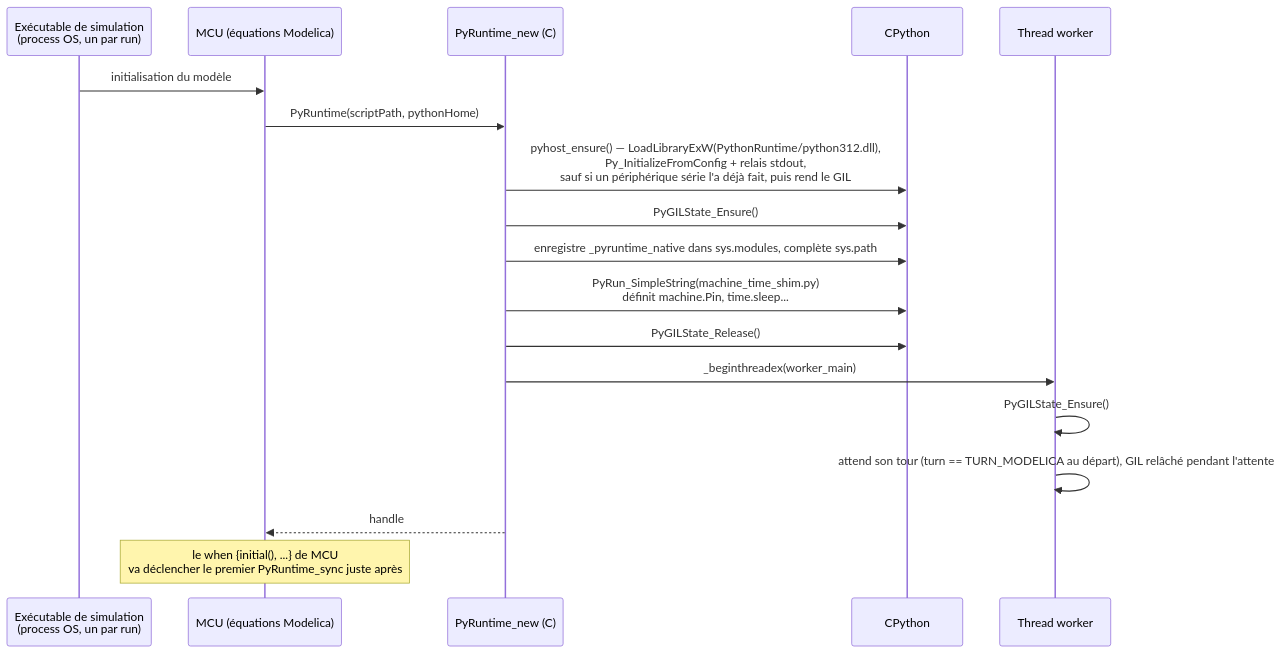
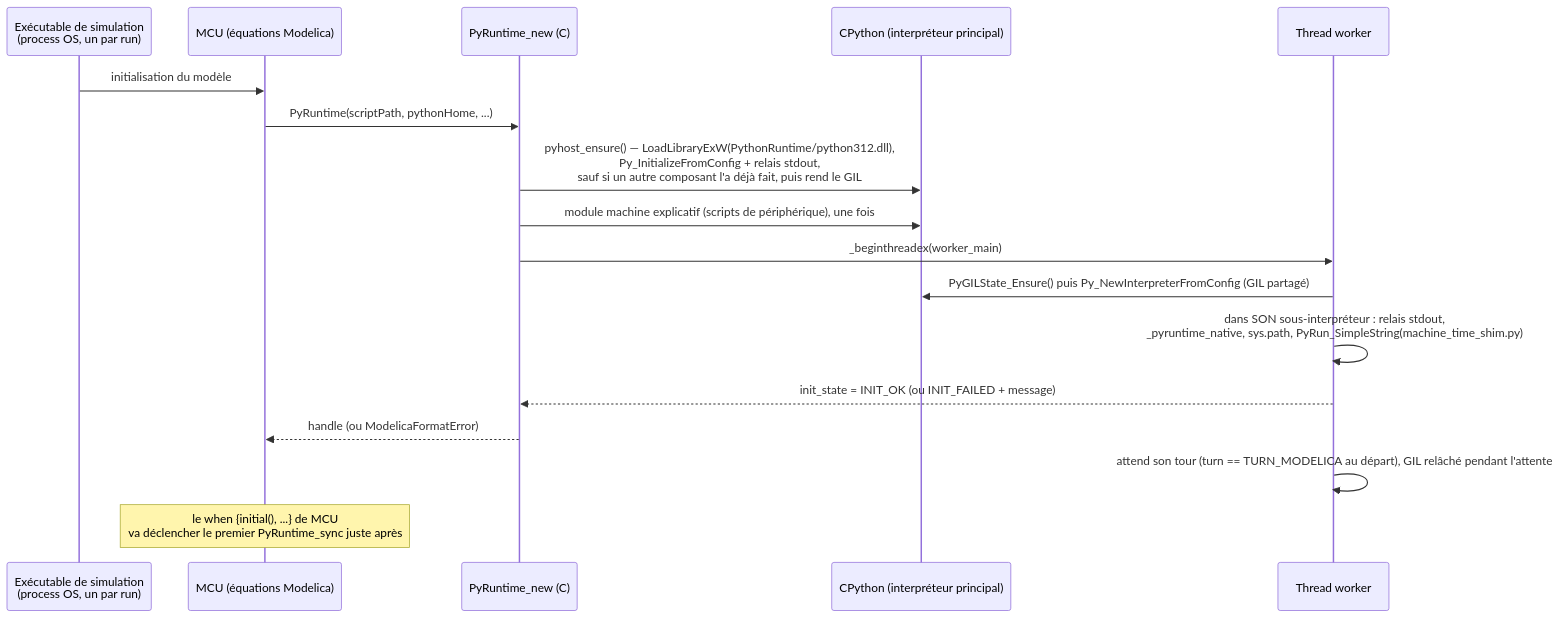
One commit to bdelaup/modelica_micropython changed the first of 3 diagrams in docs/fr/interne/cycle-de-vie.md. Above: the diagram before and after it, drawn with Mermaid. The commit also changed other lines of this file and 62 other files, not shown here.

````diff
--- a/docs/fr/interne/cycle-de-vie.md
+++ b/docs/fr/interne/cycle-de-vie.md
@@ -9,21 +9,20 @@
 ```mermaid
 sequenceDiagram
     participant Sim as Exécutable de simulation<br/>(process OS, un par run)
     participant MCU as MCU (équations Modelica)
     participant Ctor as PyRuntime_new (C)
-    participant CPy as CPython
+    participant CPy as CPython (interpréteur principal)
     participant Worker as Thread worker
 
     Sim->>MCU: initialisation du modèle
-    MCU->>Ctor: PyRuntime(scriptPath, pythonHome)
-    Ctor->>CPy: pyhost_ensure() — LoadLibraryExW(PythonRuntime/python312.dll),<br/>Py_InitializeFromConfig + relais stdout,<br/>sauf si un périphérique série l'a déjà fait, puis rend le GIL
-    Ctor->>CPy: PyGILState_Ensure()
-    Ctor->>CPy: enregistre _pyruntime_native dans sys.modules, complète sys.path
-    Ctor->>CPy: PyRun_SimpleString(machine_time_shim.py)<br/>définit machine.Pin, time.sleep...
-    Ctor->>CPy: PyGILState_Release()
+    MCU->>Ctor: PyRuntime(scriptPath, pythonHome, ...)
+    Ctor->>CPy: pyhost_ensure() — LoadLibraryExW(PythonRuntime/python312.dll),<br/>Py_InitializeFromConfig + relais stdout,<br/>sauf si un autre composant l'a déjà fait, puis rend le GIL
+    Ctor->>CPy: module machine explicatif (scripts de périphérique), une fois
     Ctor->>Worker: _beginthreadex(worker_main)
-    Worker->>Worker: PyGILState_Ensure()
+    Worker->>CPy: PyGILState_Ensure() puis Py_NewInterpreterFromConfig (GIL partagé)
+    Worker->>Worker: dans SON sous-interpréteur : relais stdout,<br/>_pyruntime_native, sys.path, PyRun_SimpleString(machine_time_shim.py)
+    Worker-->>Ctor: init_state = INIT_OK (ou INIT_FAILED + message)
+    Ctor-->>MCU: handle (ou ModelicaFormatError)
     Worker->>Worker: attend son tour (turn == TURN_MODELICA au départ), GIL relâché pendant l'attente
-    Ctor-->>MCU: handle
     Note over MCU: le when {initial(), ...} de MCU<br/>va déclencher le premier PyRuntime_sync juste après
 ```
````
